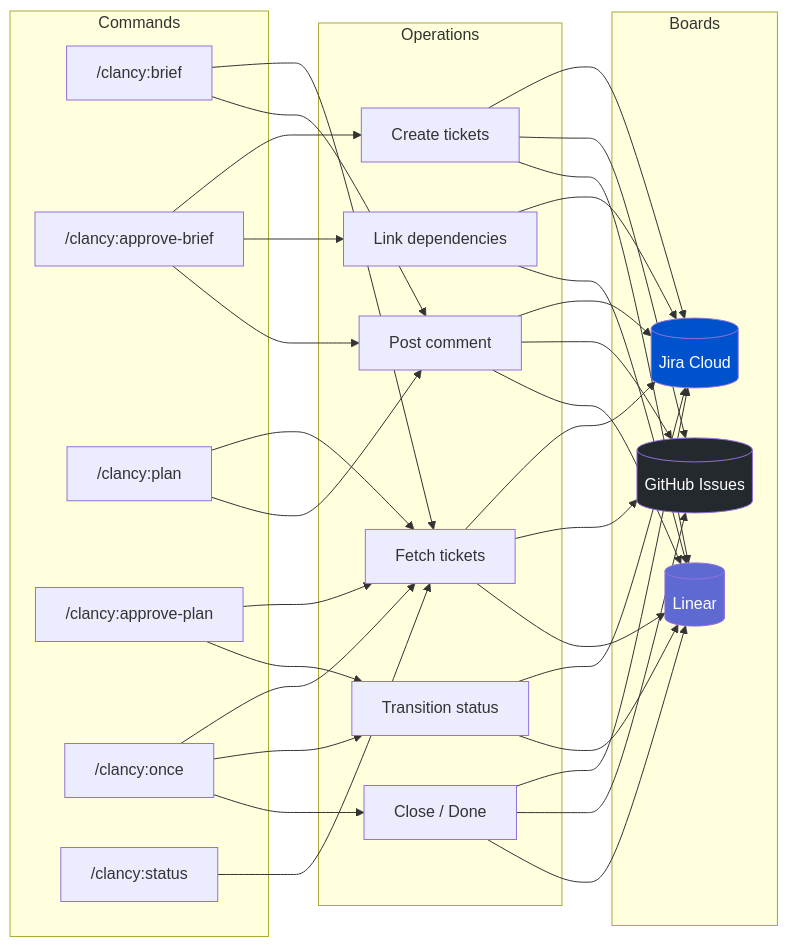
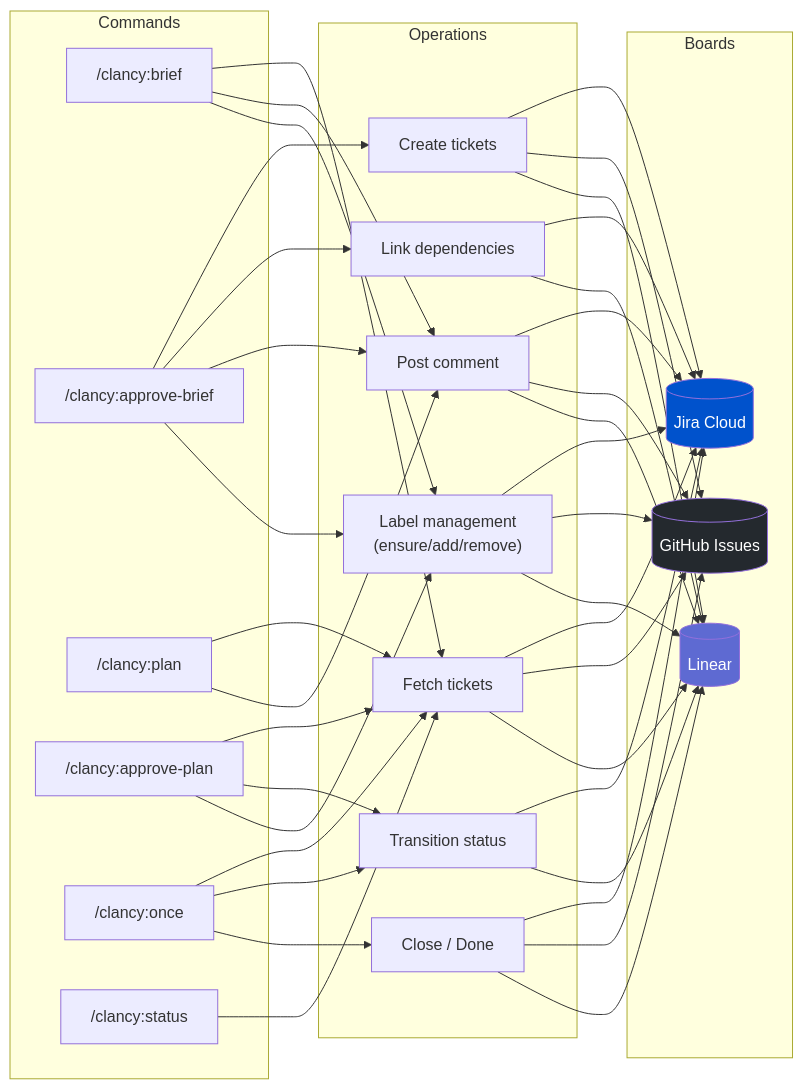
Before and after one commit to Pushedskydiver/clancy: the fifth of 12 diagrams in docs/VISUAL-ARCHITECTURE.md, drawn with Mermaid. The commit also changed other lines of this file and 43 other files, not shown here.

````diff
--- a/docs/VISUAL-ARCHITECTURE.md
+++ b/docs/VISUAL-ARCHITECTURE.md
@@ -276,61 +276,68 @@
 ```mermaid
 graph LR
     subgraph Commands
         brief["/clancy:brief"]
         approvebrief["/clancy:approve-brief"]
         plan["/clancy:plan"]
         approveplan["/clancy:approve-plan"]
         once["/clancy:once"]
         status["/clancy:status"]
     end
 
     subgraph Operations
         fetch["Fetch tickets"]
         create["Create tickets"]
         transition["Transition status"]
         comment["Post comment"]
         link["Link dependencies"]
         close["Close / Done"]
+        labelop["Label management\n(ensure/add/remove)"]
     end
 
     subgraph Boards
         jira[(Jira Cloud)]
         github[(GitHub Issues)]
         linear[(Linear)]
     end
 
     brief --> fetch
     brief --> comment
+    brief --> labelop
     approvebrief --> create
     approvebrief --> link
     approvebrief --> comment
+    approvebrief --> labelop
     plan --> fetch
     plan --> comment
     approveplan --> fetch
     approveplan --> transition
+    approveplan --> labelop
     once --> fetch
     once --> transition
     once --> close
     status --> fetch
 
     fetch --> jira
     fetch --> github
     fetch --> linear
     create --> jira
     create --> github
     create --> linear
     transition --> jira
     transition --> linear
     comment --> jira
     comment --> github
     comment --> linear
     link --> jira
     link --> linear
     close --> jira
     close --> github
     close --> linear
+    labelop --> jira
+    labelop --> github
+    labelop --> linear
 
     style jira fill:#0052CC,color:#fff
     style github fill:#24292e,color:#fff
     style linear fill:#5E6AD2,color:#fff
 ```
````
